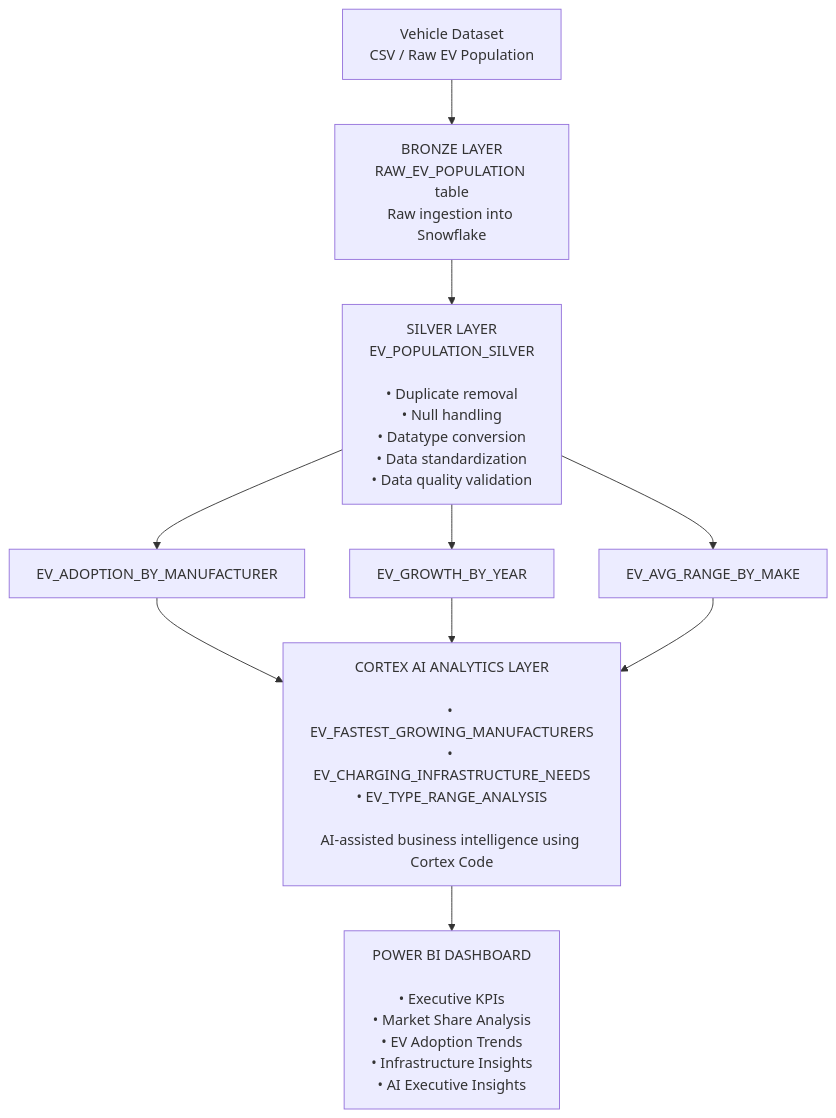
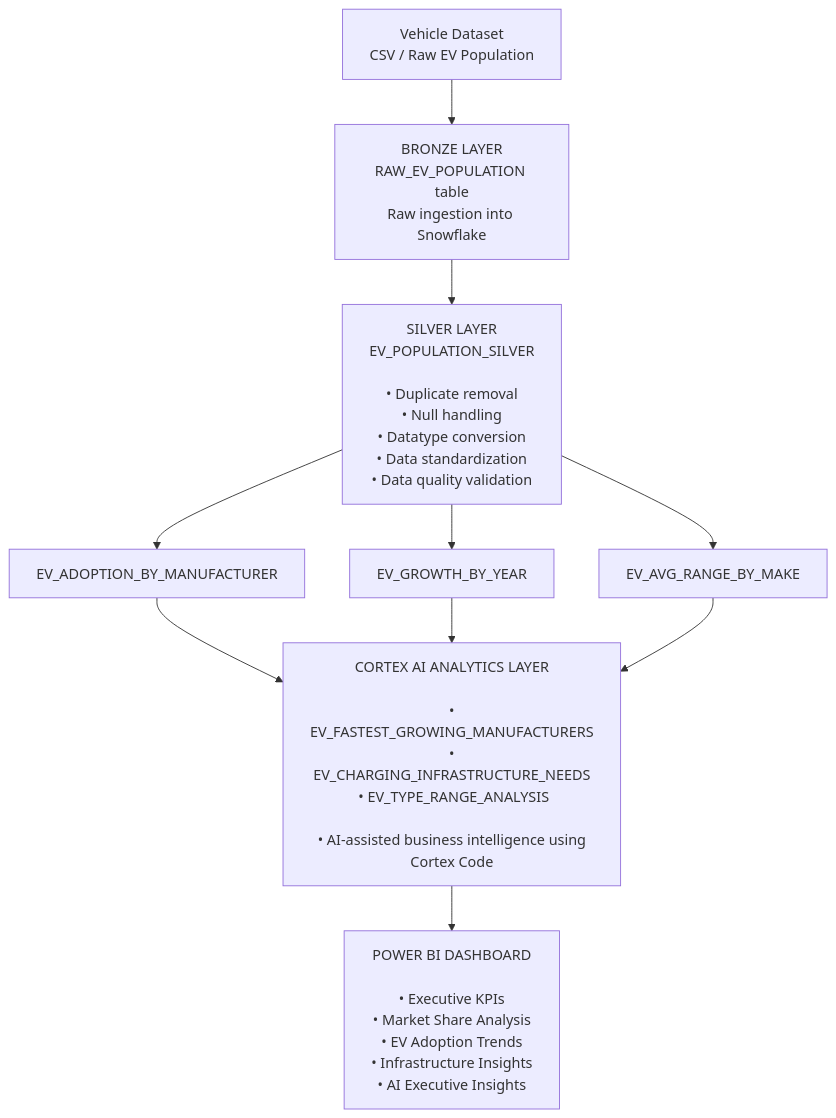
One commit to praveenaluru2256/snowflake-cortex-ev-analytics-platform changed the diagram in README.md. Above: the diagram before and after it, drawn with Mermaid.

````diff
--- a/README.md
+++ b/README.md
@@ -47,20 +47,20 @@
 ```mermaid
 flowchart TD
 
 A[Vehicle Dataset<br>CSV / Raw EV Population]
 
 A --> B[BRONZE LAYER<br>RAW_EV_POPULATION table<br>Raw ingestion into Snowflake]
 
 B --> C[SILVER LAYER<br>EV_POPULATION_SILVER<br><br>• Duplicate removal<br>• Null handling<br>• Datatype conversion<br>• Data standardization<br>• Data quality validation]
 
 C --> D1[EV_ADOPTION_BY_MANUFACTURER]
 C --> D2[EV_GROWTH_BY_YEAR]
 C --> D3[EV_AVG_RANGE_BY_MAKE]
 
-D1 --> E[CORTEX AI ANALYTICS LAYER<br><br>• EV_FASTEST_GROWING_MANUFACTURERS<br>• EV_CHARGING_INFRASTRUCTURE_NEEDS<br>• EV_TYPE_RANGE_ANALYSIS<br><br>AI-assisted business intelligence using Cortex Code]
+D1 --> E[CORTEX AI ANALYTICS LAYER<br><br> • EV_FASTEST_GROWING_MANUFACTURERS<br> • EV_CHARGING_INFRASTRUCTURE_NEEDS<br> • EV_TYPE_RANGE_ANALYSIS<br><br> • AI-assisted business intelligence using Cortex Code]
 
 D2 --> E
 D3 --> E
 
 E --> F[POWER BI DASHBOARD<br><br>• Executive KPIs<br>• Market Share Analysis<br>• EV Adoption Trends<br>• Infrastructure Insights<br>• AI Executive Insights]
 ```
````
